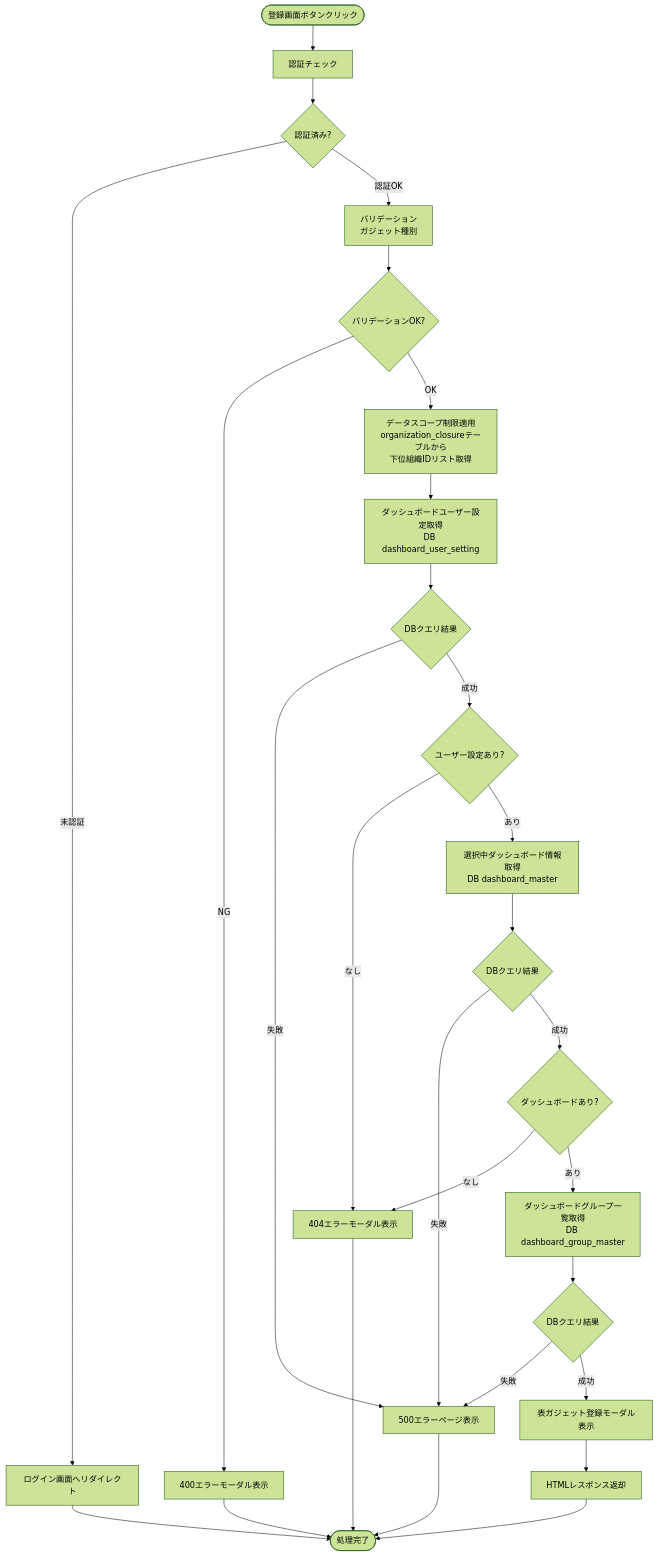
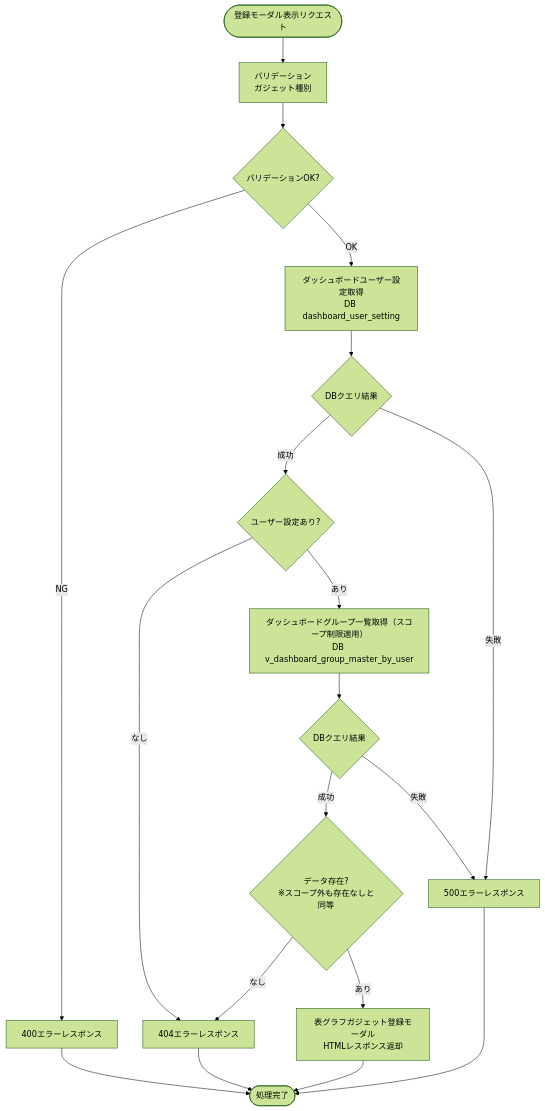
Before and after one commit to NSW-SVCP-AIWG002/Databricks-IoT: the third of 5 diagrams in docs/03-features/flask-app/customer-dashboard/grid/workflow-specification.md, drawn with Mermaid (forest theme). The commit also changed other lines of this file and 3 other files, not shown here.

````diff
--- a/docs/03-features/flask-app/customer-dashboard/grid/workflow-specification.md
+++ b/docs/03-features/flask-app/customer-dashboard/grid/workflow-specification.md
@@ -559,38 +588,27 @@
 ```mermaid
 flowchart TD
-    Start([登録画面ボタンクリック]) --> Auth[認証チェック]
-    Auth --> CheckAuth{認証済み?}
-    CheckAuth -->|未認証| LoginRedirect[ログイン画面へリダイレクト]
-    CheckAuth -->|認証OK| Validate[バリデーション<br>ガジェット種別]
+    Start([登録モーダル表示リクエスト]) --> Validate[バリデーション<br>ガジェット種別]
 
     Validate --> CheckValidate{バリデーションOK?}
-    CheckValidate -->|NG| Error400[400エラーモーダル表示]
-    CheckValidate -->|OK| Scope[データスコープ制限適用<br>organization_closureテーブルから<br>下位組織IDリスト取得]
-    
-    Scope --> UserSettingQuery[ダッシュボードユーザー設定取得<br>DB dashboard_user_setting]
+    CheckValidate -->|NG| Error400[400エラーレスポンス]
+    CheckValidate -->|OK| UserSettingQuery[ダッシュボードユーザー設定取得<br>DB dashboard_user_setting]
+
     UserSettingQuery --> CheckUserSettingQuery{DBクエリ結果}
-    CheckUserSettingQuery -->|失敗| Error500[500エラーページ表示]
     CheckUserSettingQuery -->|成功| CheckUserSetting{ユーザー設定あり?}
+    CheckUserSettingQuery -->|失敗| Error500[500エラーレスポンス]
 
-    CheckUserSetting -->|なし| Error404[404エラーモーダル表示]
-    CheckUserSetting -->|あり| DashboardQuery[選択中ダッシュボード情報取得<br>DB dashboard_master]
-
-    DashboardQuery --> CheckDashboardQuery{DBクエリ結果}
-    CheckDashboardQuery -->|失敗| Error500
-    CheckDashboardQuery -->|成功| CheckDashboard{ダッシュボードあり?}
-
-    CheckDashboard -->|なし| Error404[404エラーモーダル表示]
-    CheckDashboard -->|あり| GroupQuery[ダッシュボードグループ一覧取得<br>DB dashboard_group_master]
+    CheckUserSetting -->|なし| Error404[404エラーレスポンス]
+    CheckUserSetting -->|あり| GroupQuery[ダッシュボードグループ一覧取得（スコープ制限適用）<br>DB v_dashboard_group_master_by_user]
 
     GroupQuery --> CheckGroupQuery{DBクエリ結果}
+    CheckGroupQuery -->|成功| CheckGroup{データ存在?<br>※スコープ外も存在なしと同等}
     CheckGroupQuery -->|失敗| Error500
-    CheckGroupQuery -->|成功| Template[表ガジェット登録モーダル表示]
 
-    Template --> Response[HTMLレスポンス返却]
+    CheckGroup -->|なし| Error404
+    CheckGroup -->|あり| Response[表グラフガジェット登録モーダル<br>HTMLレスポンス返却]
 
-    LoginRedirect --> End([処理完了])
-    Error400 --> End
+    Error400 --> End([処理完了])
     Error404 --> End
-    Error500 --> End   
+    Error500 --> End
     Response --> End
 ```
````
